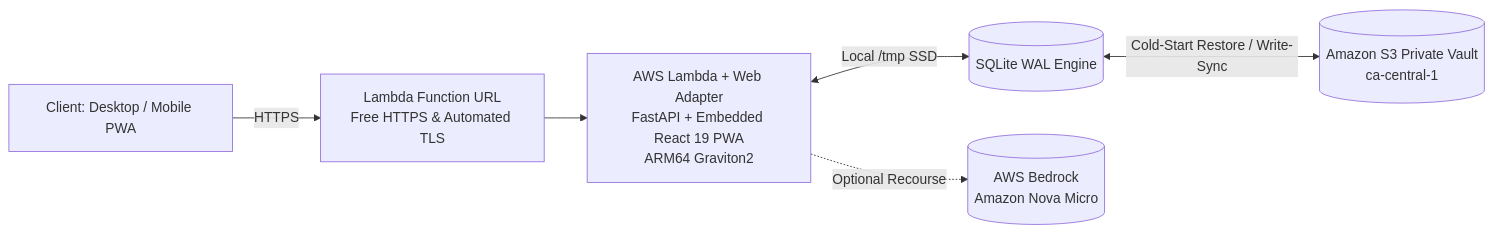
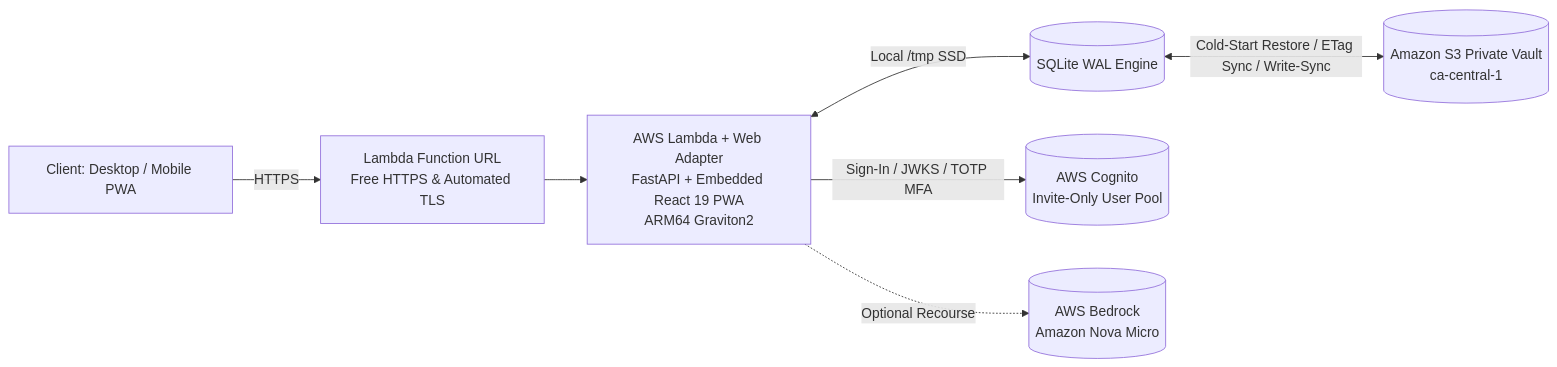
One commit to michaelsanford/Folio changed the second of 2 diagrams in README.md. Above: the diagram before and after it, drawn with Mermaid. The commit also changed other lines of this file and 3 other files, not shown here.

Commit message:
docs: update architecture, security, configuration reference, and script help

````diff
--- a/README.md
+++ b/README.md
@@ -212,8 +212,9 @@
 ```mermaid
 flowchart LR
     User[Client: Desktop / Mobile PWA] -->|HTTPS| FURL[Lambda Function URL<br/>Free HTTPS & Automated TLS]
     FURL --> LWA[AWS Lambda + Web Adapter<br/>FastAPI + Embedded React 19 PWA<br/>ARM64 Graviton2]
     LWA <-->|Local /tmp SSD| DB[(SQLite WAL Engine)]
-    DB <-->|Cold-Start Restore / Write-Sync| S3[(Amazon S3 Private Vault<br/>ca-central-1)]
+    DB <-->|Cold-Start Restore / ETag Sync / Write-Sync| S3[(Amazon S3 Private Vault<br/>ca-central-1)]
+    LWA -->|Sign-In / JWKS / TOTP MFA| COG[(AWS Cognito<br/>Invite-Only User Pool)]
     LWA -.->|Optional Recourse| BR[(AWS Bedrock<br/>Amazon Nova Micro)]
 ```
````
